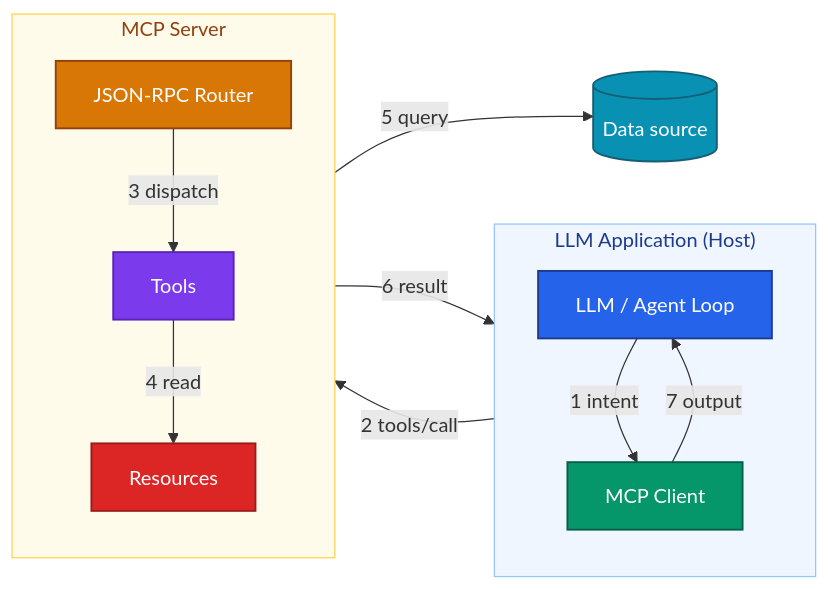
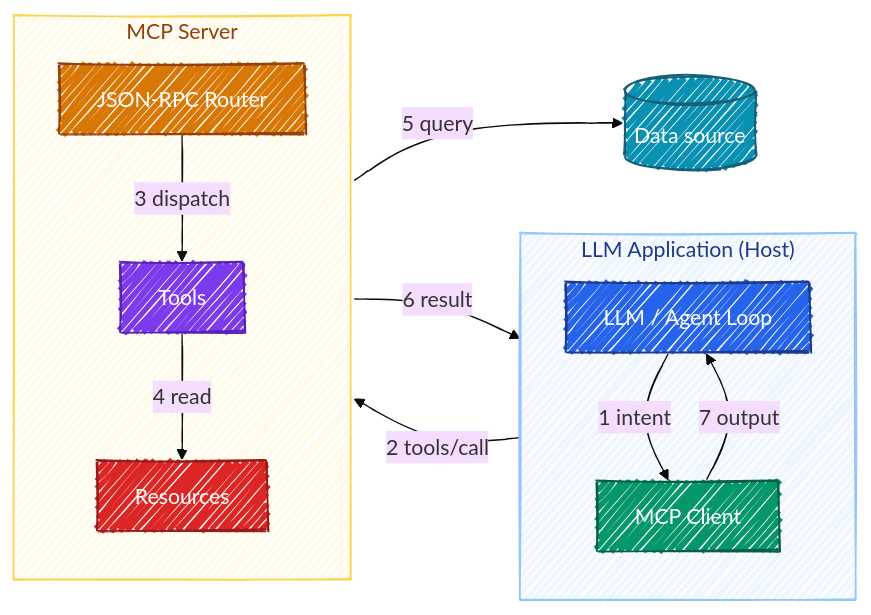
One commit to rafique1990/rafique1990.github.io changed the diagram in _posts/2026-09-21-mcp-protocol-best-practices.md. Above: the diagram before and after it, drawn with Mermaid. The commit also changed 1 other file, not shown here.

Commit message:
hand-drawn (Excalidraw / Head First) look for the MCP flow diagram
Apply mermaid look:handDrawn with the Kalam handwriting font to the
conceptual flow diagram, keeping the coloured nodes. AWS infra diagram
stays crisp with real service icons.

````diff
--- a/_posts/2026-09-21-mcp-protocol-best-practices.md
+++ b/_posts/2026-09-21-mcp-protocol-best-practices.md
@@ -37,40 +37,48 @@
 ```mermaid
+---
+config:
+  look: handDrawn
+  theme: base
+  themeVariables:
+    fontFamily: '"Kalam", cursive'
+    fontSize: "17px"
+---
 flowchart LR
     subgraph Host["LLM Application (Host)"]
         direction TB
         LLM["LLM / Agent Loop"]
         Client["MCP Client"]
     end
     subgraph Server["MCP Server"]
         direction TB
         Router["JSON-RPC Router"]
         Tools["Tools"]
         Res["Resources"]
     end
     DB[("Data source")]
 
     LLM -->|"1 intent"| Client
     Client -->|"2 tools/call"| Router
     Router -->|"3 dispatch"| Tools
     Tools -->|"4 read"| Res
     Res -->|"5 query"| DB
     Router -->|"6 result"| Client
     Client -->|"7 output"| LLM
 
     classDef blue   fill:#2563EB,stroke:#1E3A8A,stroke-width:1.5px,color:#ffffff;
     classDef green  fill:#059669,stroke:#065F46,stroke-width:1.5px,color:#ffffff;
     classDef amber  fill:#D97706,stroke:#92400E,stroke-width:1.5px,color:#ffffff;
     classDef violet fill:#7C3AED,stroke:#5B21B6,stroke-width:1.5px,color:#ffffff;
     classDef red    fill:#DC2626,stroke:#991B1B,stroke-width:1.5px,color:#ffffff;
     classDef teal   fill:#0891B2,stroke:#155E75,stroke-width:1.5px,color:#ffffff;
 
     class LLM blue
     class Client green
     class Router amber
     class Tools violet
     class Res red
     class DB teal
 
     style Host fill:#EFF6FF,stroke:#93C5FD,color:#1E3A8A
     style Server fill:#FFFBEB,stroke:#FCD34D,color:#92400E
 ```
````
